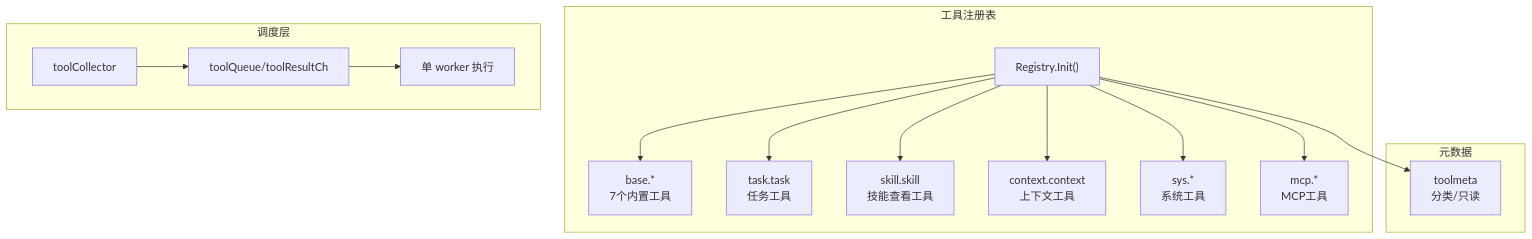
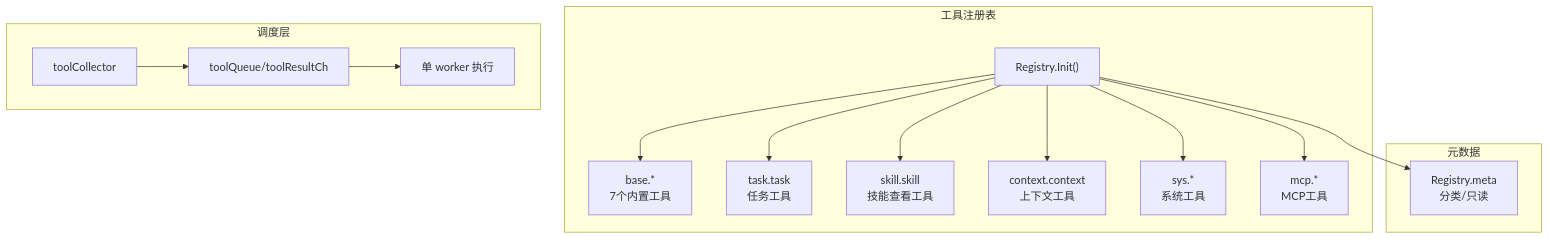
One commit to Ozqi/5hAgent changed the diagram in doc/tools.md. Above: the diagram before and after it, drawn with Mermaid. The commit also changed other lines of this file and 11 other files, not shown here.

````diff
--- a/doc/tools.md
+++ b/doc/tools.md
@@ -5,33 +5,33 @@
 ```mermaid
 flowchart TB
     subgraph Registry["工具注册表"]
         init["Registry.Init()"]
         base["base.*<br/>7个内置工具"]
         task["task.task<br/>任务工具"]
         skill["skill.skill<br/>技能查看工具"]
         context["context.context<br/>上下文工具"]
         sys["sys.*<br/>系统工具"]
         mcp["mcp.*<br/>MCP工具"]
     end
 
     subgraph Meta["元数据"]
-        tm["toolmeta<br/>分类/只读"]
+        tm["Registry.meta<br/>分类/只读"]
     end
 
     subgraph Dispatch["调度层"]
         collect["toolCollector"]
         queue["toolQueue/toolResultCh"]
         worker["单 worker 执行"]
     end
 
     init --> base
     init --> task
     init --> skill
     init --> sys
     init --> context
     init --> mcp
     init --> tm
 
     collect --> queue
     queue --> worker
 ```
````
